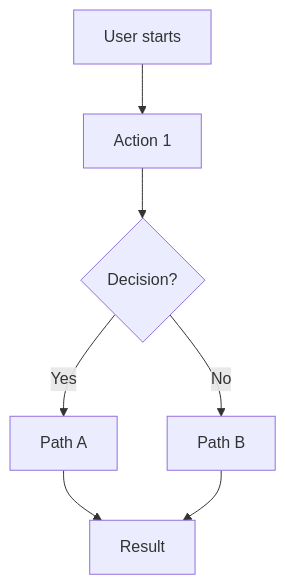
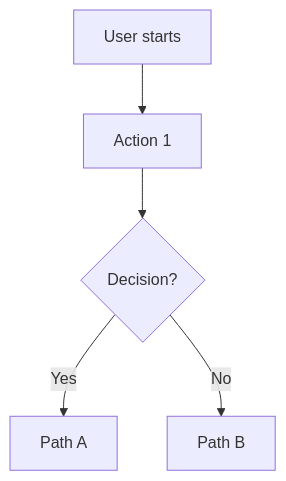
Before and after one commit to jkuang7/Blog: the diagram in .claude/commands/plan.md, drawn with Mermaid. The commit also changed other lines of this file and 5 other files, not shown here.

````diff
--- a/.claude/commands/plan.md
+++ b/.claude/commands/plan.md
@@ -155,9 +59,7 @@
 ```mermaid
 flowchart TD
     A[User starts] --> B[Action 1]
     B --> C{Decision?}
     C -->|Yes| D[Path A]
     C -->|No| E[Path B]
-    D --> F[Result]
-    E --> F
 ```
````
